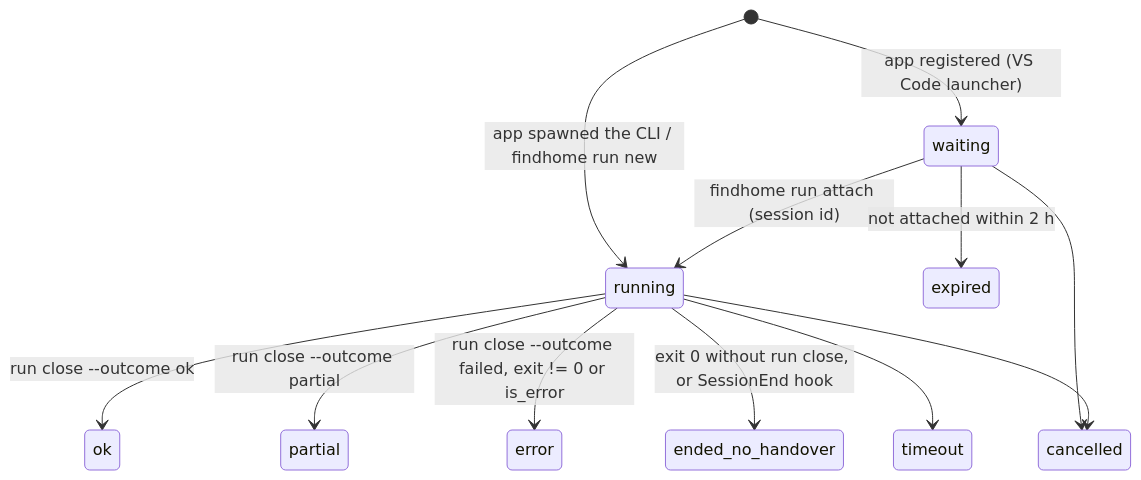
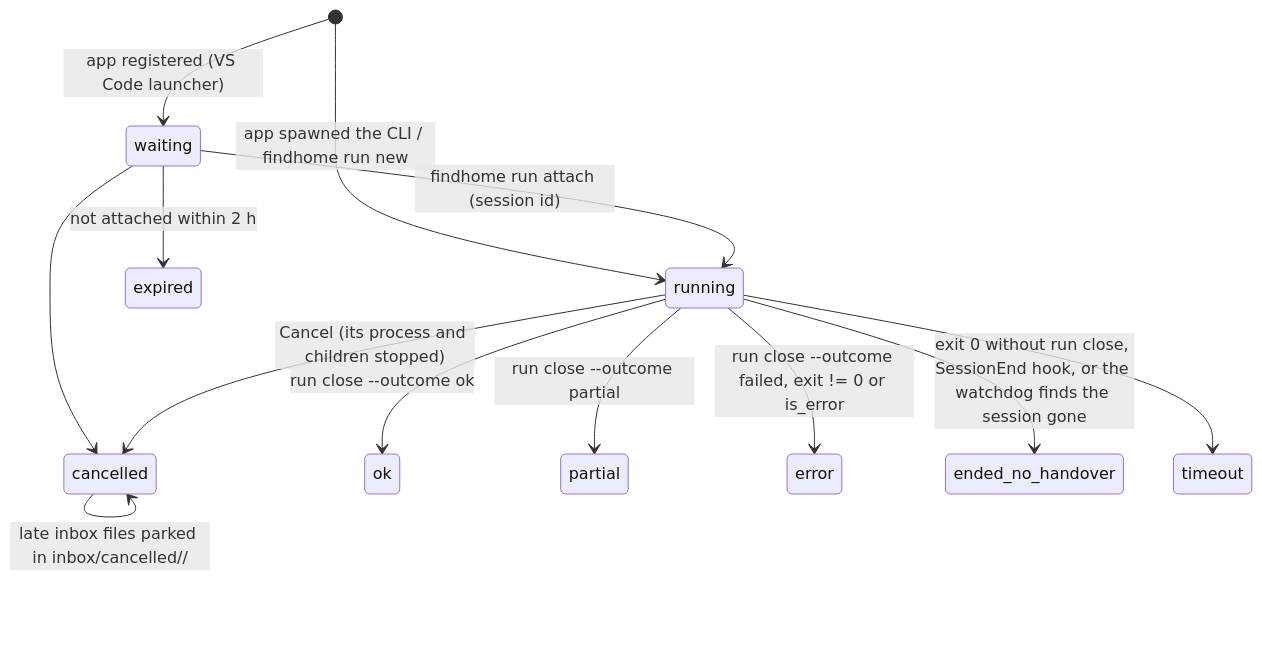
The diagram in guide/architecture/agent_contract.md (MassimilianoBiancucci/find_home), drawn with Mermaid before and after one commit. The commit also changed other lines of this file and 23 other files, not shown here.

First line of the commit message:
feat(runs): own each agent's process, a watchdog, and a Cancel that stops only its run

````diff
--- a/guide/architecture/agent_contract.md
+++ b/guide/architecture/agent_contract.md
@@ -100,14 +100,15 @@
 ```mermaid
 stateDiagram-v2
   [*] --> waiting: app registered (VS Code launcher)
   [*] --> running: app spawned the CLI / findhome run new
   waiting --> running: findhome run attach (session id)
   waiting --> expired: not attached within 2 h
   waiting --> cancelled
   running --> ok: run close --outcome ok
   running --> partial: run close --outcome partial
   running --> error: run close --outcome failed, exit != 0 or is_error
-  running --> ended_no_handover: exit 0 without run close, or SessionEnd hook
+  running --> ended_no_handover: exit 0 without run close, SessionEnd hook, or the watchdog finds the session gone
   running --> timeout
-  running --> cancelled
+  running --> cancelled: Cancel (its process and children stopped)
+  cancelled --> cancelled: late inbox files parked in inbox/cancelled/<run>/
 ```
````
